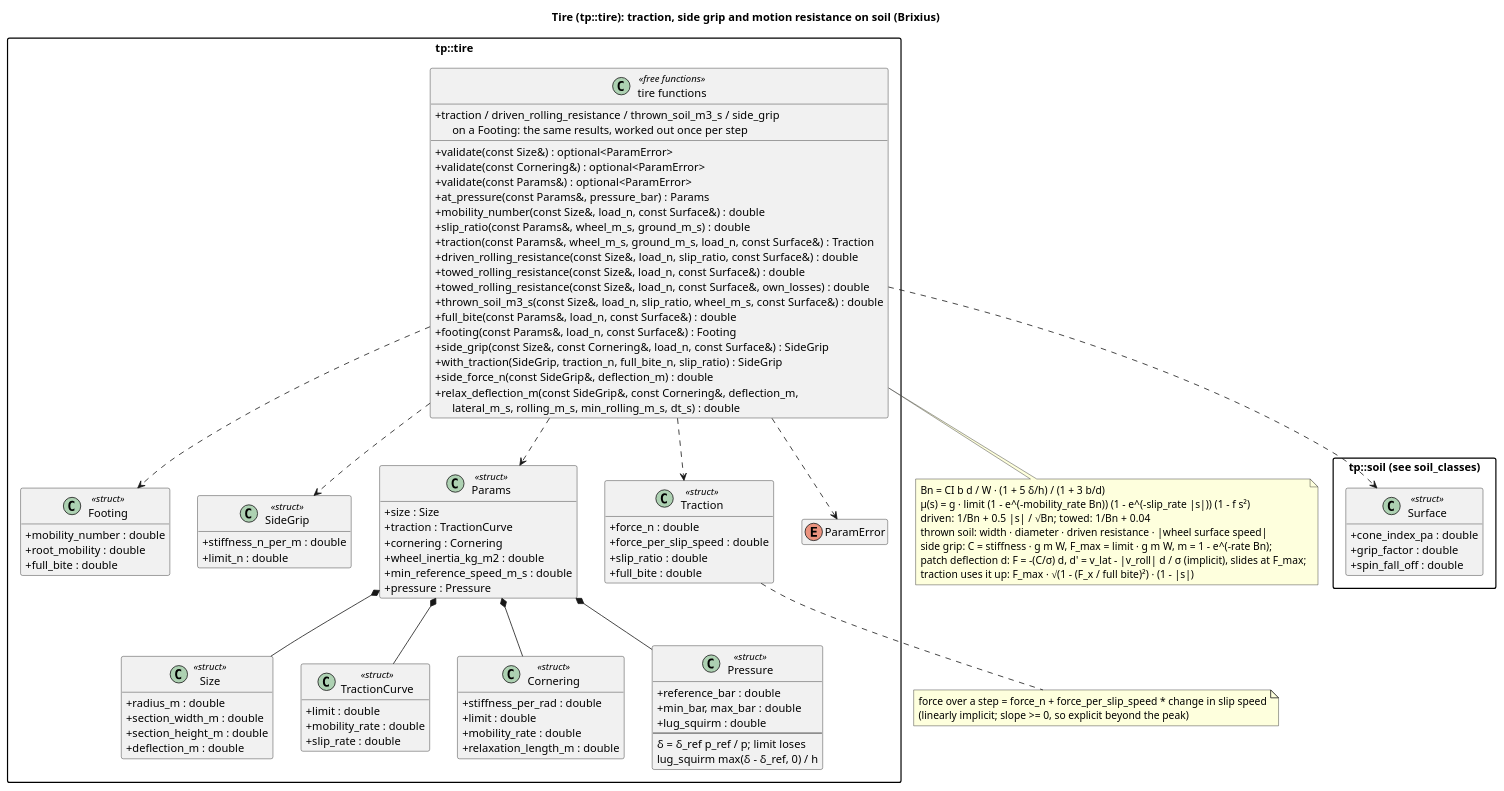
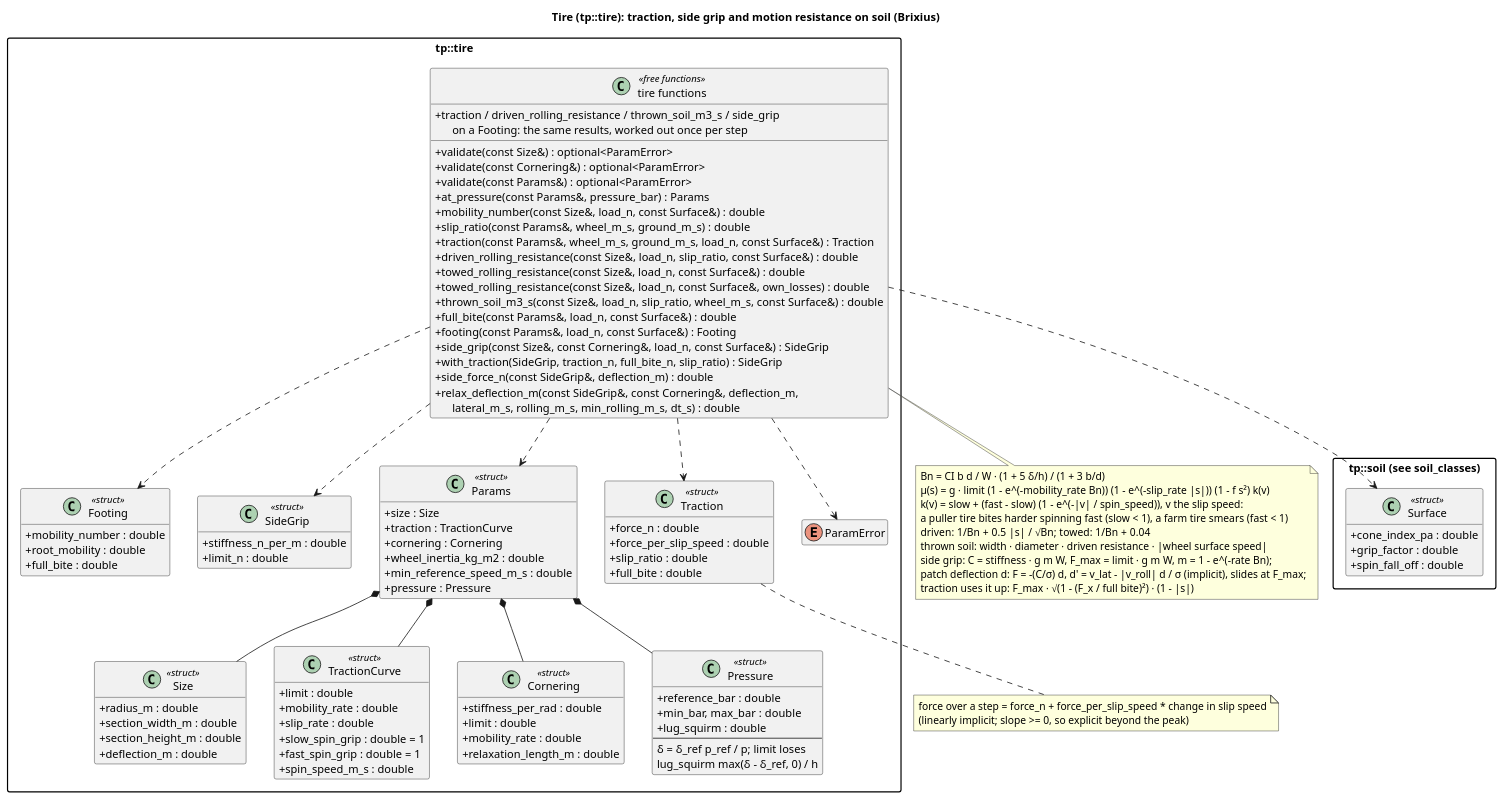
Before and after one commit to wversteeg/TractorPulling: the diagram in docs/diagrams/tire_classes.puml, drawn with PlantUML. The commit also changed 34 other files, not shown here.

```diff
--- a/docs/diagrams/tire_classes.puml
+++ b/docs/diagrams/tire_classes.puml
@@ -1,109 +1,114 @@
 @startuml tire_classes
 title Tire (tp::tire): traction, side grip and motion resistance on soil (Brixius)
 hide empty members
 skinparam packageStyle rectangle
 skinparam classAttributeIconSize 0
 
 package "tp::soil (see soil_classes)" {
   class Surface <<struct>> {
     +cone_index_pa : double
     +grip_factor : double
     +spin_fall_off : double
   }
 }
 
 package "tp::tire" {
   class Size <<struct>> {
     +radius_m : double
     +section_width_m : double
     +section_height_m : double
     +deflection_m : double
   }
   class TractionCurve <<struct>> {
     +limit : double
     +mobility_rate : double
     +slip_rate : double
+    +slow_spin_grip : double = 1
+    +fast_spin_grip : double = 1
+    +spin_speed_m_s : double
   }
   class Cornering <<struct>> {
     +stiffness_per_rad : double
     +limit : double
     +mobility_rate : double
     +relaxation_length_m : double
   }
   class Footing <<struct>> {
     +mobility_number : double
     +root_mobility : double
     +full_bite : double
   }
   class SideGrip <<struct>> {
     +stiffness_n_per_m : double
     +limit_n : double
   }
   class Params <<struct>> {
     +size : Size
     +traction : TractionCurve
     +cornering : Cornering
     +wheel_inertia_kg_m2 : double
     +min_reference_speed_m_s : double
     +pressure : Pressure
   }
   class Pressure <<struct>> {
     +reference_bar : double
     +min_bar, max_bar : double
     +lug_squirm : double
     --
     δ = δ_ref p_ref / p; limit loses
     lug_squirm max(δ - δ_ref, 0) / h
   }
   class Traction <<struct>> {
     +force_n : double
     +force_per_slip_speed : double
     +slip_ratio : double
     +full_bite : double
   }
   enum ParamError
   class "tire functions" as TireFns <<free functions>> {
     +validate(const Size&) : optional<ParamError>
     +validate(const Cornering&) : optional<ParamError>
     +validate(const Params&) : optional<ParamError>
     +at_pressure(const Params&, pressure_bar) : Params
     +mobility_number(const Size&, load_n, const Surface&) : double
     +slip_ratio(const Params&, wheel_m_s, ground_m_s) : double
     +traction(const Params&, wheel_m_s, ground_m_s, load_n, const Surface&) : Traction
     +driven_rolling_resistance(const Size&, load_n, slip_ratio, const Surface&) : double
     +towed_rolling_resistance(const Size&, load_n, const Surface&) : double
     +towed_rolling_resistance(const Size&, load_n, const Surface&, own_losses) : double
     +thrown_soil_m3_s(const Size&, load_n, slip_ratio, wheel_m_s, const Surface&) : double
     +full_bite(const Params&, load_n, const Surface&) : double
     +footing(const Params&, load_n, const Surface&) : Footing
     +traction / driven_rolling_resistance / thrown_soil_m3_s / side_grip\n      on a Footing: the same results, worked out once per step
     +side_grip(const Size&, const Cornering&, load_n, const Surface&) : SideGrip
     +with_traction(SideGrip, traction_n, full_bite_n, slip_ratio) : SideGrip
     +side_force_n(const SideGrip&, deflection_m) : double
     +relax_deflection_m(const SideGrip&, const Cornering&, deflection_m,\n      lateral_m_s, rolling_m_s, min_rolling_m_s, dt_s) : double
   }
   Params *-- Size
   Params *-- TractionCurve
   Params *-- Cornering
   Params *-- Pressure
   TireFns ..> SideGrip
   TireFns ..> Footing
   TireFns ..> Params
   TireFns ..> Traction
   TireFns ..> ParamError
   TireFns ..> Surface
 }
 note bottom of TireFns
   Bn = CI b d / W · (1 + 5 δ/h) / (1 + 3 b/d)
-  μ(s) = g · limit (1 - e^(-mobility_rate Bn)) (1 - e^(-slip_rate |s|)) (1 - f s²)
+  μ(s) = g · limit (1 - e^(-mobility_rate Bn)) (1 - e^(-slip_rate |s|)) (1 - f s²) k(v)
+  k(v) = slow + (fast - slow) (1 - e^(-|v| / spin_speed)), v the slip speed:
+  a puller tire bites harder spinning fast (slow < 1), a farm tire smears (fast < 1)
   driven: 1/Bn + 0.5 |s| / √Bn;  towed: 1/Bn + 0.04
   thrown soil: width · diameter · driven resistance · |wheel surface speed|
   side grip: C = stiffness · g m W, F_max = limit · g m W, m = 1 - e^(-rate Bn);
   patch deflection d: F = -(C/σ) d, d' = v_lat - |v_roll| d / σ (implicit), slides at F_max;
   traction uses it up: F_max · √(1 - (F_x / full bite)²) · (1 - |s|)
 end note
 note bottom of Traction
   force over a step = force_n + force_per_slip_speed * change in slip speed
   (linearly implicit; slope >= 0, so explicit beyond the peak)
 end note
 @enduml
```
